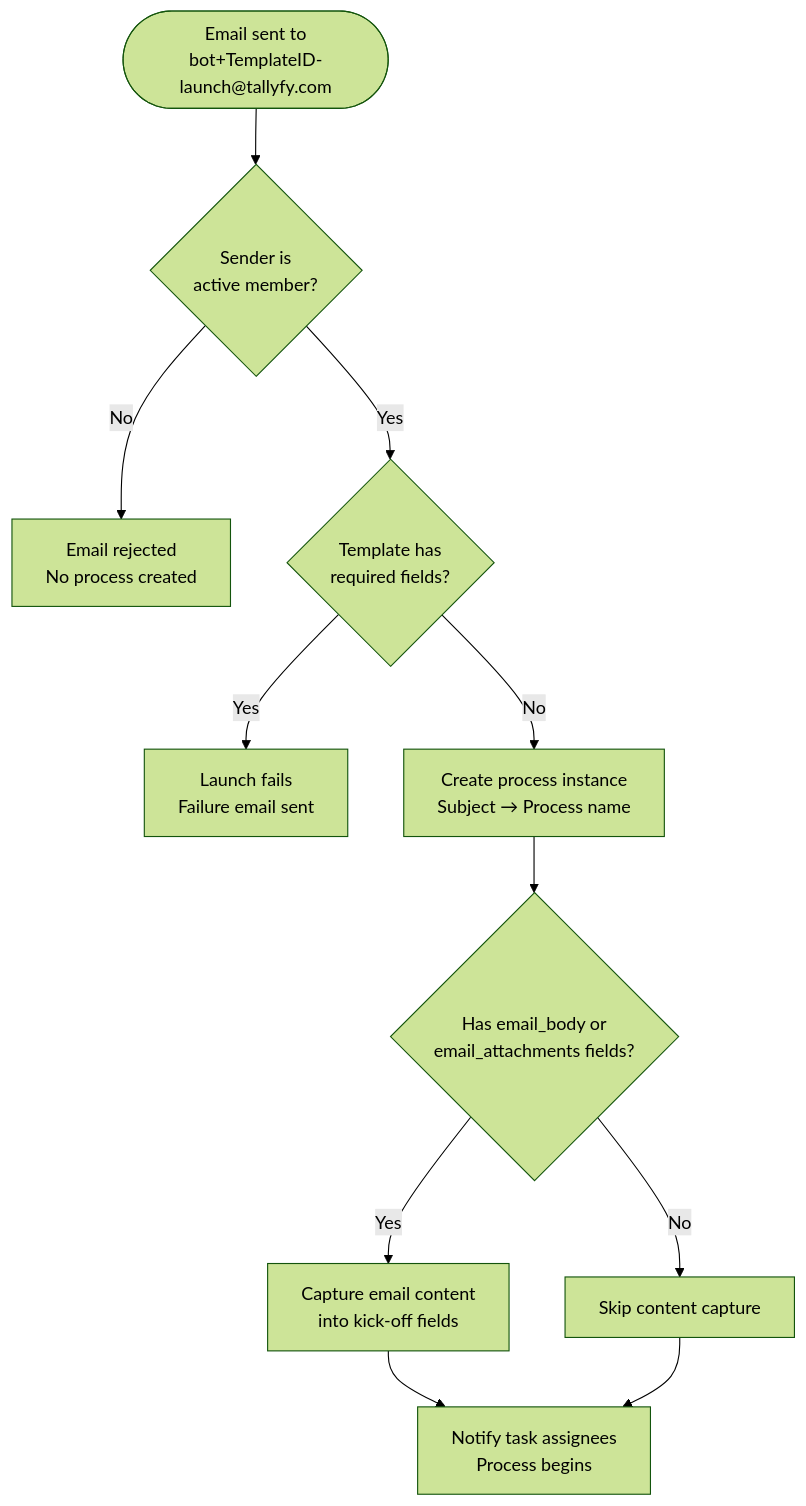
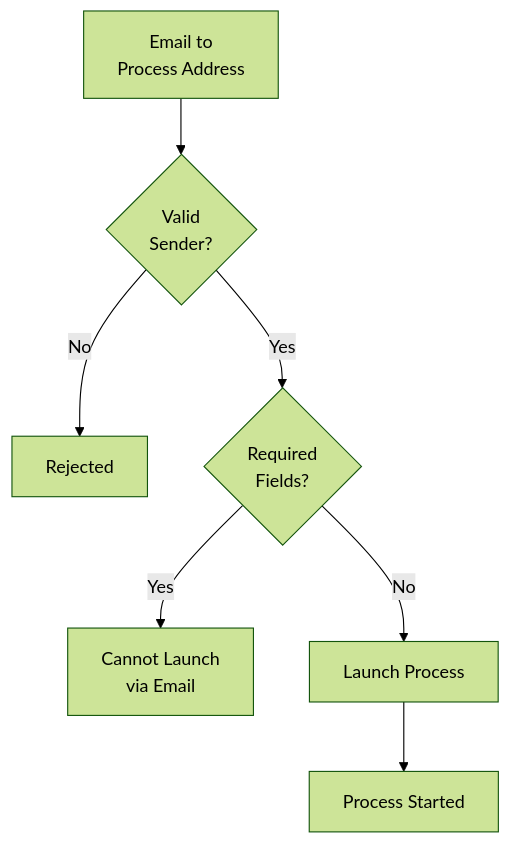
The diagram in src/content/docs/pro/launching/triggers/via-email.mdx (tallyfy/documentation), drawn with Mermaid (forest theme) before and after one commit. The commit also changed 4 other files, not shown here.

First line of the commit message:
Simplify complex Mermaid diagrams for better readability

````diff
--- a/src/content/docs/pro/launching/triggers/via-email.mdx
+++ b/src/content/docs/pro/launching/triggers/via-email.mdx
@@ -57,22 +57,15 @@
 ```mermaid
 flowchart TD
-    Start([Email sent to<br/>bot+TemplateID-launch@tallyfy.com]) --> Check1{Sender is<br/>active member?}
+    Email[Email to<br/>Process Address] --> Validate{Valid<br/>Sender?}
     
-    Check1 -->|No| Reject[Email rejected<br/>No process created]
-    Check1 -->|Yes| Check2{Template has<br/>required fields?}
+    Validate -->|No| Reject[Rejected]
+    Validate -->|Yes| Check{Required<br/>Fields?}
     
-    Check2 -->|Yes| Fail[Launch fails<br/>Failure email sent]
-    Check2 -->|No| Create[Create process instance<br/>Subject → Process name]
+    Check -->|Yes| Fail[Cannot Launch<br/>via Email]
+    Check -->|No| Launch[Launch Process]
     
-    Create --> Check3{Has email_body or<br/>email_attachments fields?}
+    Launch --> Notify[Process Started]
     
-    Check3 -->|Yes| Capture[Capture email content<br/>into kick-off fields]
-    Check3 -->|No| Skip[Skip content capture]
-    
-    Capture --> Notify[Notify task assignees<br/>Process begins]
-    Skip --> Notify
-    
-    
-    click Check1 "/products/pro/documenting/members/" "Learn about member management"
-    click Check2 "/products/pro/launching/triggers/kick-off-forms/" "Understanding kick-off forms"
+    click Validate "/products/pro/documenting/members/" "Learn about member management"
+    click Check "/products/pro/launching/triggers/kick-off-forms/" "Understanding kick-off forms"
 ```
````
